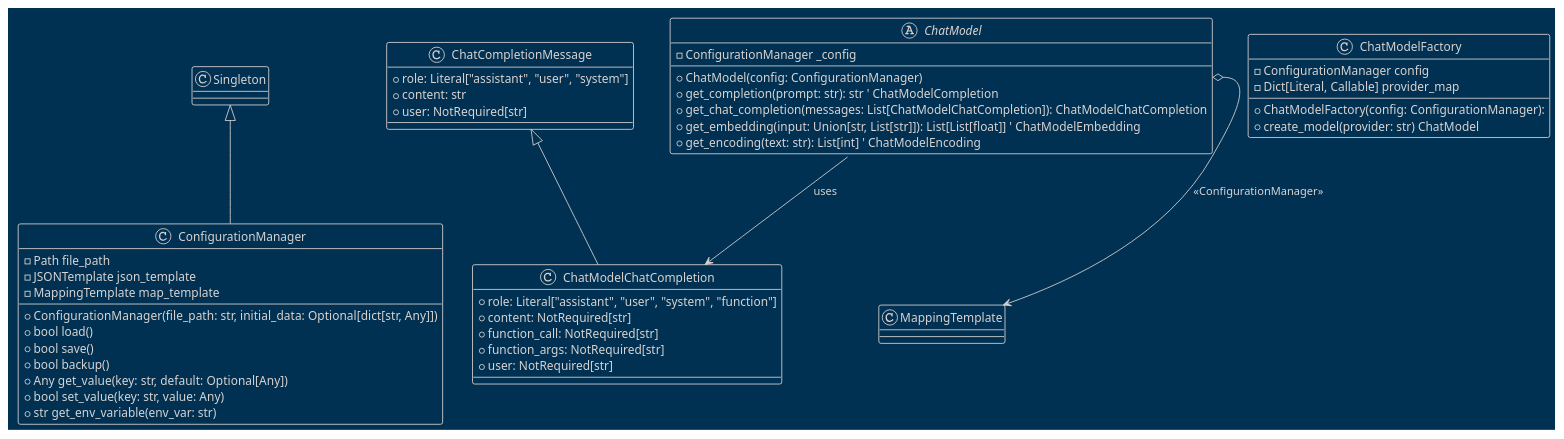
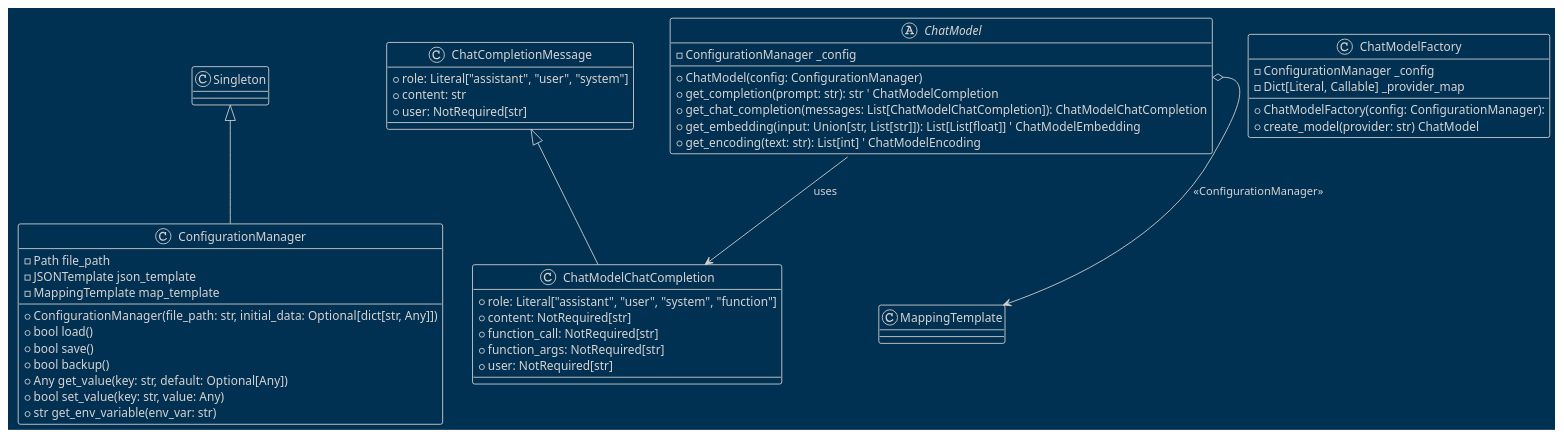
The diagram in docs/diagrams/plantuml/chat_model.puml (teleprint-me/py.gpt.prompt), drawn with PlantUML before and after one commit. The commit also changed 1 other file, not shown here.

Commit message:
docs: Apply minor fixes to config and chat model

```diff
--- a/docs/diagrams/plantuml/chat_model.puml
+++ b/docs/diagrams/plantuml/chat_model.puml
@@ -1,52 +1,52 @@
 @startuml ChatModel
 !theme blueprint
 
 ' docs/diagrams/plantuml/chat_model.puml
 
 class ConfigurationManager extends Singleton {
     - Path file_path
     - JSONTemplate json_template
     - MappingTemplate map_template
     + ConfigurationManager(file_path: str, initial_data: Optional[dict[str, Any]])
     + bool load()
     + bool save()
     + bool backup()
     + Any get_value(key: str, default: Optional[Any])
     + bool set_value(key: str, value: Any)
     + str get_env_variable(env_var: str)
 }
 
 class ChatCompletionMessage {
     + role: Literal["assistant", "user", "system"]
     + content: str
     + user: NotRequired[str]
 }
 
 class ChatModelChatCompletion extends ChatCompletionMessage {
     + role: Literal["assistant", "user", "system", "function"]
     + content: NotRequired[str]
     + function_call: NotRequired[str]
     + function_args: NotRequired[str]
     + user: NotRequired[str]
 }
 
 abstract class ChatModel {
     - ConfigurationManager _config
     + ChatModel(config: ConfigurationManager)
     + get_completion(prompt: str): str ' ChatModelCompletion
     + get_chat_completion(messages: List[ChatModelChatCompletion]): ChatModelChatCompletion
     + get_embedding(input: Union[str, List[str]]): List[List[float]] ' ChatModelEmbedding
     + get_encoding(text: str): List[int] ' ChatModelEncoding
 }
 
 class ChatModelFactory{
-    - ConfigurationManager config
-    - Dict[Literal, Callable] provider_map
+    - ConfigurationManager _config
+    - Dict[Literal, Callable] _provider_map
     + ChatModelFactory(config: ConfigurationManager):
     + create_model(provider: str) ChatModel
 }
 
 ChatModel::config o--> MappingTemplate : <<ConfigurationManager>>
 ChatModel --> ChatModelChatCompletion : uses
 
 @enduml
```
